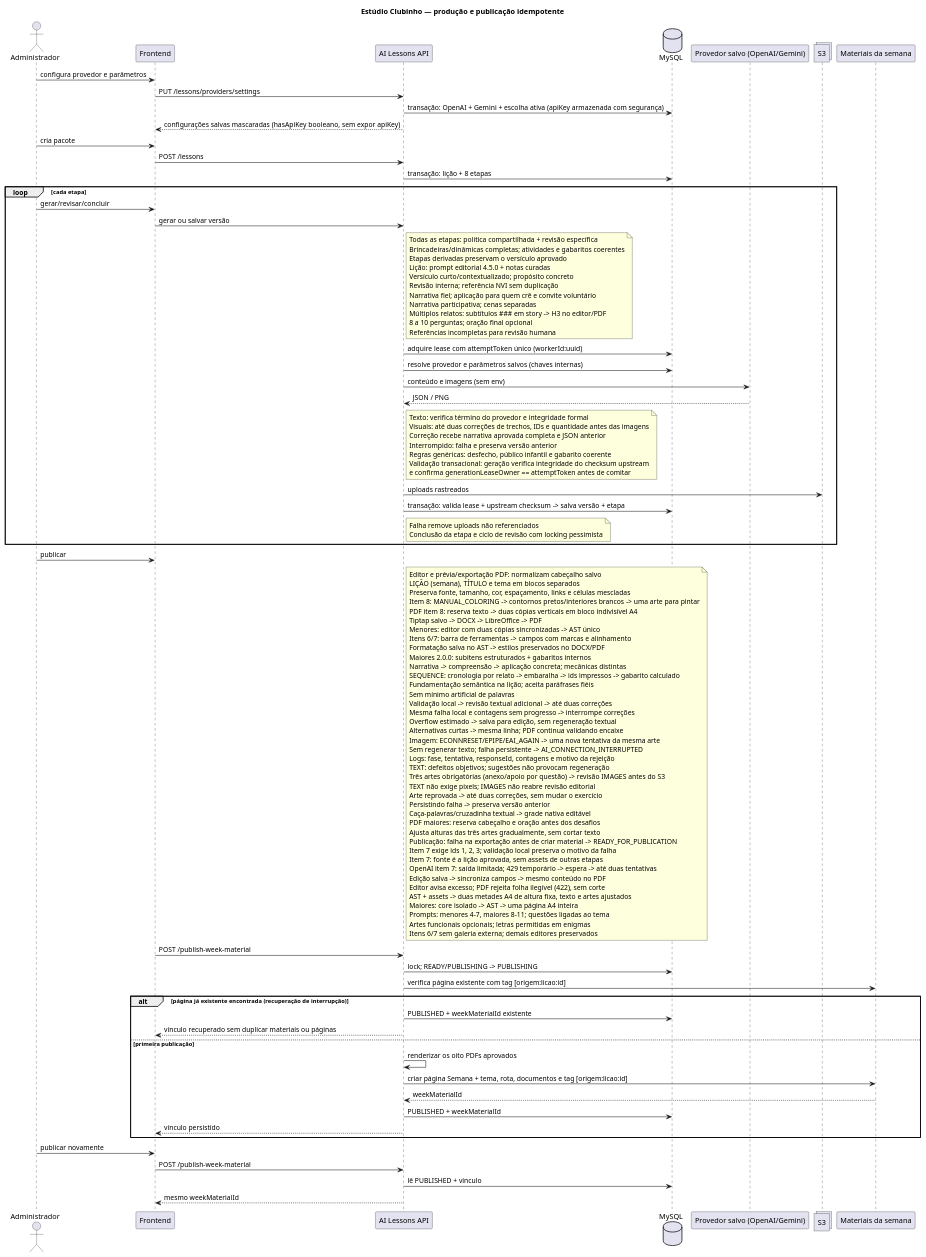
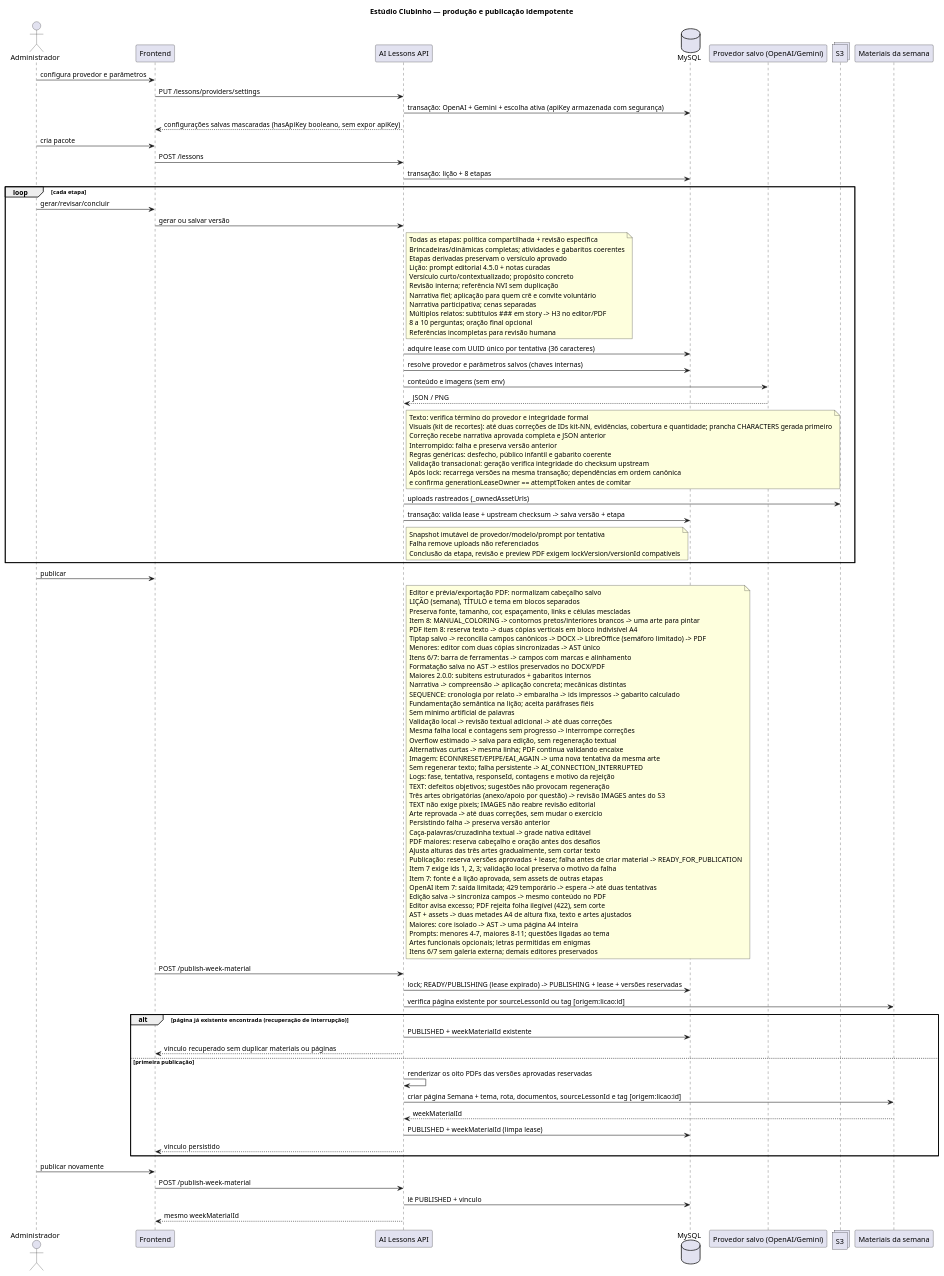
The diagram in docs/diagrams/flow/ai-lessons/ai-lessons-flow.puml (ministerioclubinhos/clubinhonib-api), drawn with PlantUML before and after one commit. The commit also changed 156 other files, not shown here.

```diff
--- a/docs/diagrams/flow/ai-lessons/ai-lessons-flow.puml
+++ b/docs/diagrams/flow/ai-lessons/ai-lessons-flow.puml
@@ -1,118 +1,120 @@
 @startuml
 title Estúdio Clubinho — produção e publicação idempotente
 actor Administrador
 participant Frontend
 participant "AI Lessons API" as API
 database MySQL
 participant "Provedor salvo (OpenAI/Gemini)" as OpenAI
 collections S3
 participant "Materiais da semana" as Week
 
 Administrador -> Frontend: configura provedor e parâmetros
 Frontend -> API: PUT /lessons/providers/settings
 API -> MySQL: transação: OpenAI + Gemini + escolha ativa (apiKey armazenada com segurança)
 API --> Frontend: configurações salvas mascaradas (hasApiKey booleano, sem expor apiKey)
 
 Administrador -> Frontend: cria pacote
 Frontend -> API: POST /lessons
 API -> MySQL: transação: lição + 8 etapas
 
 loop cada etapa
   Administrador -> Frontend: gerar/revisar/concluir
   Frontend -> API: gerar ou salvar versão
   note right of API
     Todas as etapas: política compartilhada + revisão específica
     Brincadeiras/dinâmicas completas; atividades e gabaritos coerentes
     Etapas derivadas preservam o versículo aprovado
     Lição: prompt editorial 4.5.0 + notas curadas
     Versículo curto/contextualizado; propósito concreto
     Revisão interna; referência NVI sem duplicação
     Narrativa fiel; aplicação para quem crê e convite voluntário
     Narrativa participativa; cenas separadas
     Múltiplos relatos: subtítulos ### em story -> H3 no editor/PDF
     8 a 10 perguntas; oração final opcional
     Referências incompletas para revisão humana
   end note
-  API -> MySQL: adquire lease com attemptToken único (workerId:uuid)
+  API -> MySQL: adquire lease com UUID único por tentativa (36 caracteres)
   API -> MySQL: resolve provedor e parâmetros salvos (chaves internas)
   API -> OpenAI: conteúdo e imagens (sem env)
   OpenAI --> API: JSON / PNG
   note right of API
     Texto: verifica término do provedor e integridade formal
-    Visuais: até duas correções de trechos, IDs e quantidade antes das imagens
+    Visuais (kit de recortes): até duas correções de IDs kit-NN, evidências, cobertura e quantidade; prancha CHARACTERS gerada primeiro
     Correção recebe narrativa aprovada completa e JSON anterior
     Interrompido: falha e preserva versão anterior
     Regras genéricas: desfecho, público infantil e gabarito coerente
     Validação transacional: geração verifica integridade do checksum upstream
+    Após lock: recarrega versões na mesma transação; dependências em ordem canônica
     e confirma generationLeaseOwner == attemptToken antes de comitar
   end note
-  API -> S3: uploads rastreados
+  API -> S3: uploads rastreados (_ownedAssetUrls)
   API -> MySQL: transação: valida lease + upstream checksum -> salva versão + etapa
   note right of API
+    Snapshot imutável de provedor/modelo/prompt por tentativa
     Falha remove uploads não referenciados
-    Conclusão da etapa e ciclo de revisão com locking pessimista
+    Conclusão da etapa, revisão e preview PDF exigem lockVersion/versionId compatíveis
   end note
 end
 
 Administrador -> Frontend: publicar
 note right of API
   Editor e prévia/exportação PDF: normalizam cabeçalho salvo
   LIÇÃO (semana), TÍTULO e tema em blocos separados
   Preserva fonte, tamanho, cor, espaçamento, links e células mescladas
   Item 8: MANUAL_COLORING -> contornos pretos/interiores brancos -> uma arte para pintar
   PDF item 8: reserva texto -> duas cópias verticais em bloco indivisível A4
-  Tiptap salvo -> DOCX -> LibreOffice -> PDF
+  Tiptap salvo -> reconcilia campos canônicos -> DOCX -> LibreOffice (semáforo limitado) -> PDF
   Menores: editor com duas cópias sincronizadas -> AST único
   Itens 6/7: barra de ferramentas -> campos com marcas e alinhamento
   Formatação salva no AST -> estilos preservados no DOCX/PDF
   Maiores 2.0.0: subitens estruturados + gabaritos internos
   Narrativa -> compreensão -> aplicação concreta; mecânicas distintas
   SEQUENCE: cronologia por relato -> embaralha -> ids impressos -> gabarito calculado
   Fundamentação semântica na lição; aceita paráfrases fiéis
   Sem mínimo artificial de palavras
   Validação local -> revisão textual adicional -> até duas correções
   Mesma falha local e contagens sem progresso -> interrompe correções
   Overflow estimado -> salva para edição, sem regeneração textual
   Alternativas curtas -> mesma linha; PDF continua validando encaixe
   Imagem: ECONNRESET/EPIPE/EAI_AGAIN -> uma nova tentativa da mesma arte
   Sem regenerar texto; falha persistente -> AI_CONNECTION_INTERRUPTED
   Logs: fase, tentativa, responseId, contagens e motivo da rejeição
   TEXT: defeitos objetivos; sugestões não provocam regeneração
   Três artes obrigatórias (anexo/apoio por questão) -> revisão IMAGES antes do S3
   TEXT não exige pixels; IMAGES não reabre revisão editorial
   Arte reprovada -> até duas correções, sem mudar o exercício
   Persistindo falha -> preserva versão anterior
   Caça-palavras/cruzadinha textual -> grade nativa editável
   PDF maiores: reserva cabeçalho e oração antes dos desafios
   Ajusta alturas das três artes gradualmente, sem cortar texto
-  Publicação: falha na exportação antes de criar material -> READY_FOR_PUBLICATION
+  Publicação: reserva versões aprovadas + lease; falha antes de criar material -> READY_FOR_PUBLICATION
   Item 7 exige ids 1, 2, 3; validação local preserva o motivo da falha
   Item 7: fonte é a lição aprovada, sem assets de outras etapas
   OpenAI item 7: saída limitada; 429 temporário -> espera -> até duas tentativas
   Edição salva -> sincroniza campos -> mesmo conteúdo no PDF
   Editor avisa excesso; PDF rejeita folha ilegível (422), sem corte
   AST + assets -> duas metades A4 de altura fixa, texto e artes ajustados
   Maiores: core isolado -> AST -> uma página A4 inteira
   Prompts: menores 4-7, maiores 8-11; questões ligadas ao tema
   Artes funcionais opcionais; letras permitidas em enigmas
   Itens 6/7 sem galeria externa; demais editores preservados
 end note
 Frontend -> API: POST /publish-week-material
-API -> MySQL: lock; READY/PUBLISHING -> PUBLISHING
-API -> Week: verifica página existente com tag [origem:licao:id]
+API -> MySQL: lock; READY/PUBLISHING (lease expirado) -> PUBLISHING + lease + versões reservadas
+API -> Week: verifica página existente por sourceLessonId ou tag [origem:licao:id]
 alt página já existente encontrada (recuperação de interrupção)
   API -> MySQL: PUBLISHED + weekMaterialId existente
   API --> Frontend: vínculo recuperado sem duplicar materiais ou páginas
 else primeira publicação
-  API -> API: renderizar os oito PDFs aprovados
-  API -> Week: criar página Semana + tema, rota, documentos e tag [origem:licao:id]
+  API -> API: renderizar os oito PDFs das versões aprovadas reservadas
+  API -> Week: criar página Semana + tema, rota, documentos, sourceLessonId e tag [origem:licao:id]
   Week --> API: weekMaterialId
-  API -> MySQL: PUBLISHED + weekMaterialId
+  API -> MySQL: PUBLISHED + weekMaterialId (limpa lease)
   API --> Frontend: vínculo persistido
 end
 
 Administrador -> Frontend: publicar novamente
 Frontend -> API: POST /publish-week-material
 API -> MySQL: lê PUBLISHED + vínculo
 API --> Frontend: mesmo weekMaterialId
 @enduml
```
